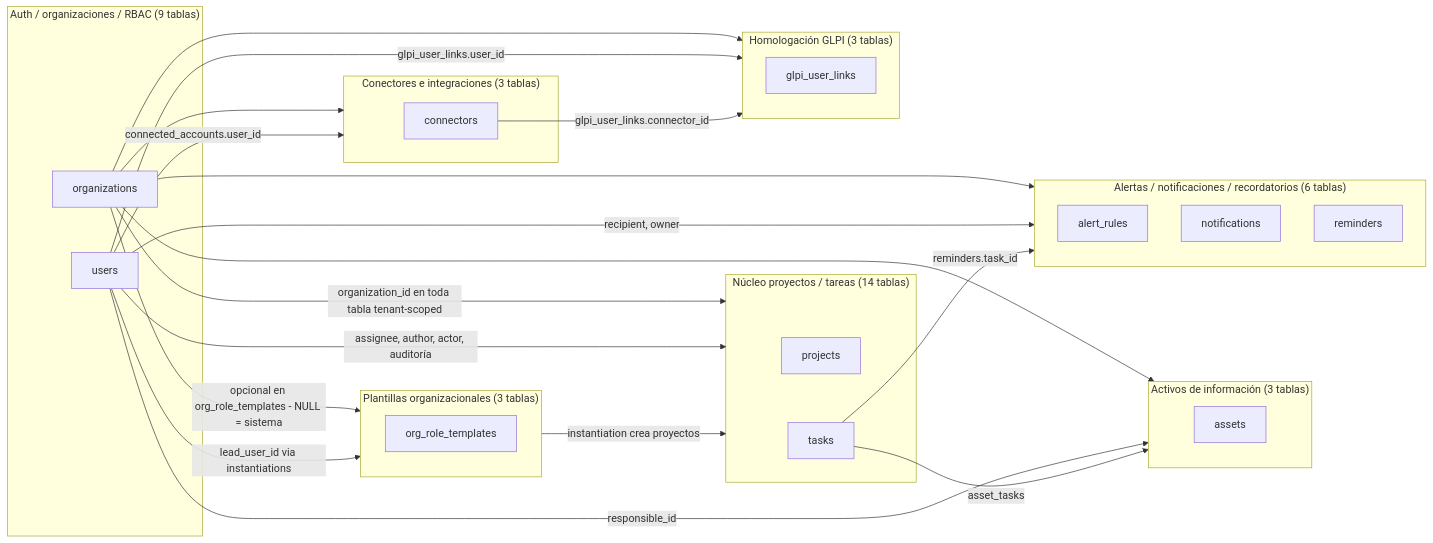
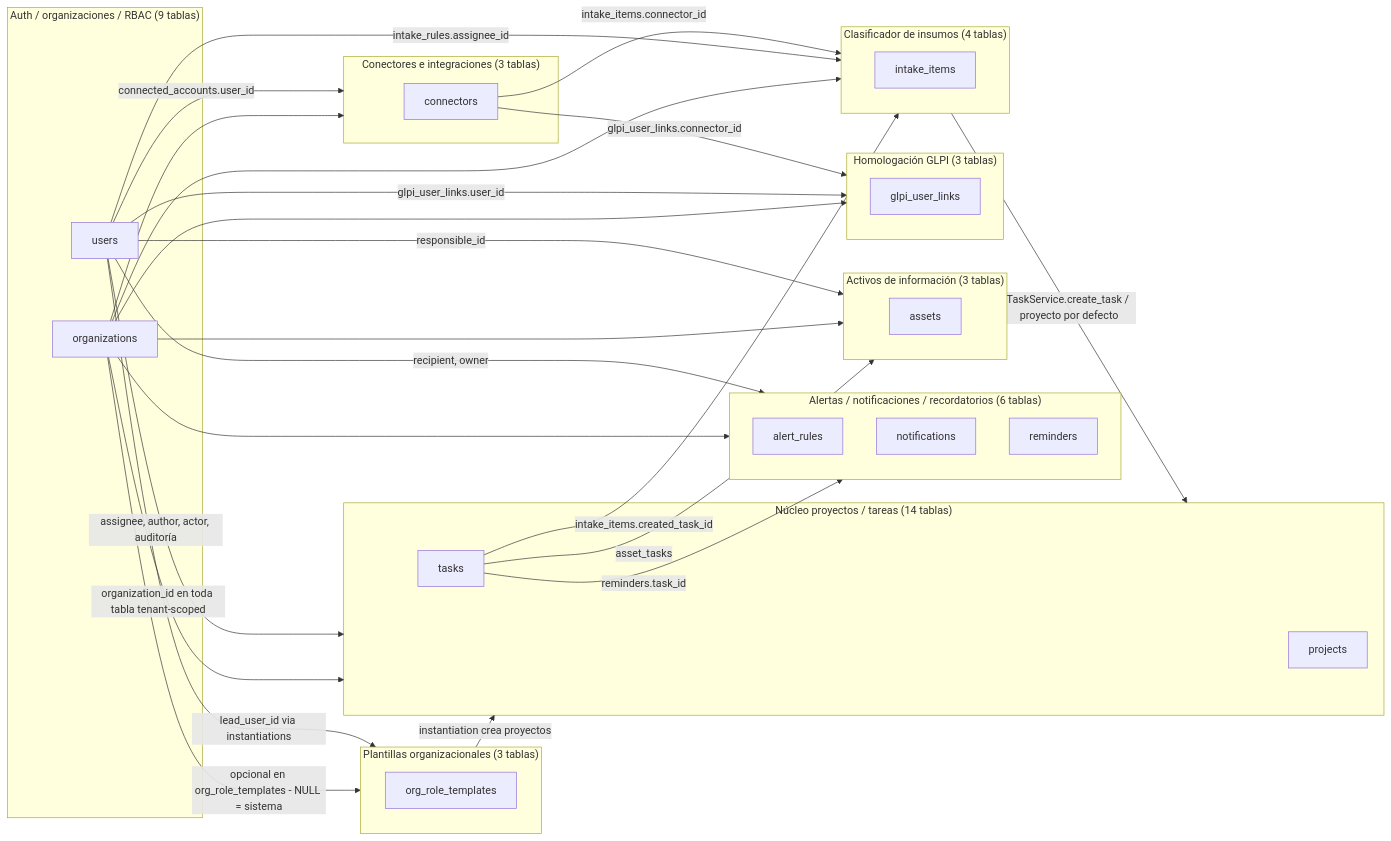
Before and after one commit to solercia-solutions/solercia-command: the first of 9 diagrams in docs/diagrams/er-model.md, drawn with Mermaid. The commit also changed other lines of this file and 16 other files, not shown here.

First line of the commit message:
feat(intake): migracion 0019, modelos base y docs ER/C4 del modulo intake

````diff
--- a/docs/diagrams/er-model.md
+++ b/docs/diagrams/er-model.md
@@ -53,51 +53,60 @@
 ```mermaid
 flowchart LR
     subgraph AUTH["Auth / organizaciones / RBAC (9 tablas)"]
         organizations
         users
     end
 
     subgraph CORE["Núcleo proyectos / tareas (14 tablas)"]
         projects
         tasks
     end
 
     subgraph ALERTS["Alertas / notificaciones / recordatorios (6 tablas)"]
         alert_rules
         notifications
         reminders
     end
 
     subgraph ASSETS["Activos de información (3 tablas)"]
         assets
     end
 
     subgraph INTEGRATIONS["Conectores e integraciones (3 tablas)"]
         connectors
     end
 
     subgraph GLPISYNC["Homologación GLPI (3 tablas)"]
         glpi_user_links
     end
 
     subgraph ORGTEMPLATES["Plantillas organizacionales (3 tablas)"]
         org_role_templates
     end
 
+    subgraph INTAKE["Clasificador de insumos (4 tablas)"]
+        intake_items
+    end
+
     organizations -->|"organization_id en toda tabla tenant-scoped"| CORE
     organizations --> ALERTS
     organizations --> ASSETS
     organizations --> INTEGRATIONS
     organizations --> GLPISYNC
     organizations -->|"opcional en org_role_templates - NULL = sistema"| ORGTEMPLATES
+    organizations --> INTAKE
     users -->|"assignee, author, actor, auditoría"| CORE
     users -->|"recipient, owner"| ALERTS
     users -->|"responsible_id"| ASSETS
     users -->|"connected_accounts.user_id"| INTEGRATIONS
     users -->|"glpi_user_links.user_id"| GLPISYNC
     users -->|"lead_user_id via instantiations"| ORGTEMPLATES
+    users -->|"intake_rules.assignee_id"| INTAKE
     tasks -->|"reminders.task_id"| ALERTS
     tasks -->|"asset_tasks"| ASSETS
+    tasks -->|"intake_items.created_task_id"| INTAKE
     connectors -->|"glpi_user_links.connector_id"| GLPISYNC
+    connectors -->|"intake_items.connector_id"| INTAKE
     ORGTEMPLATES -->|"instantiation crea proyectos"| CORE
+    INTAKE -->|"TaskService.create_task / proyecto por defecto"| CORE
 ```
````
